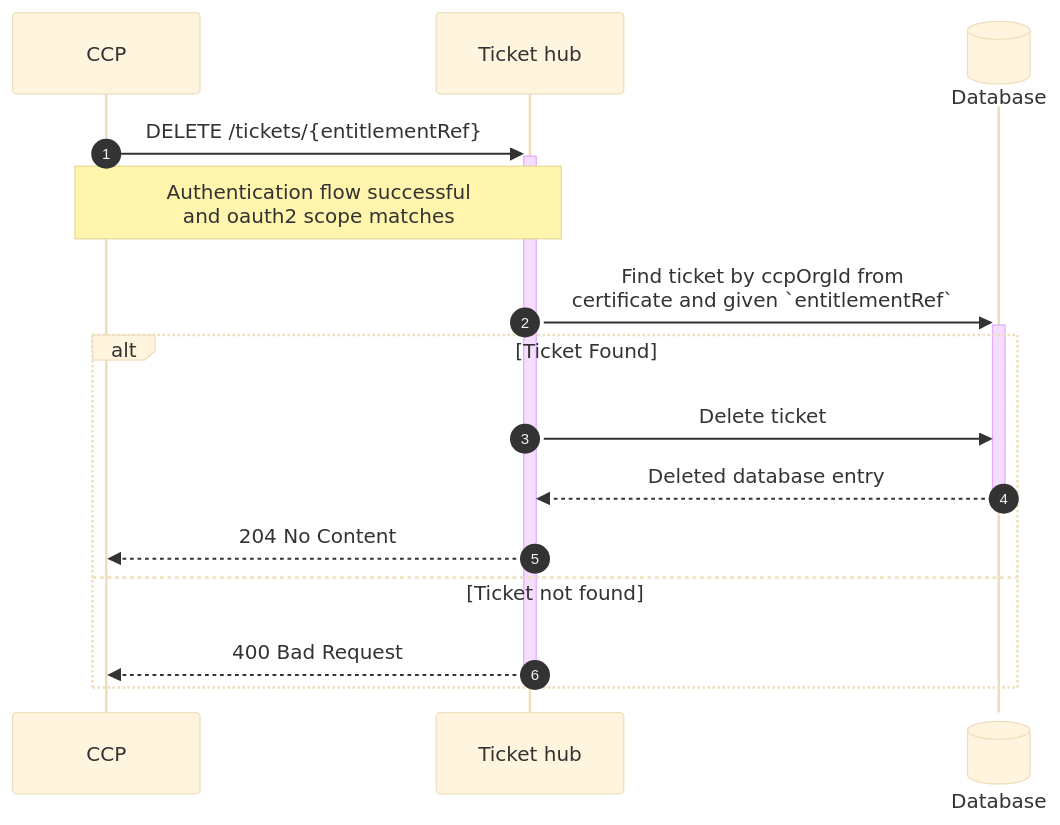
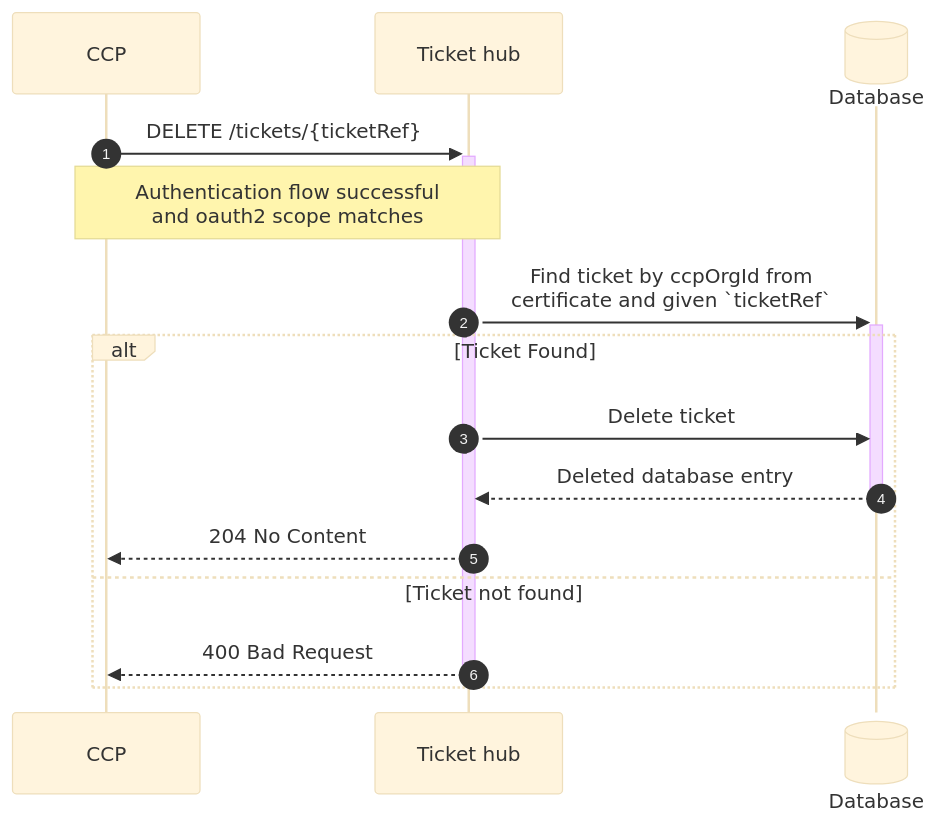
The fifth of 5 diagrams in UseCases.md (HUSST-de/ABT-Ticketspeicher-Schnittstelle), drawn with Mermaid (base theme) before and after one commit. The commit also changed other lines of this file and 5 other files, not shown here.

````diff
--- a/UseCases.md
+++ b/UseCases.md
@@ -151,19 +150,19 @@
 ```mermaid
 sequenceDiagram
     autonumber
     participant Client as CCP
     participant Tickethub as Ticket hub
     participant Database@{"type":"database"}
 
-    Client->>+Tickethub: DELETE /tickets/{entitlementRef}
+    Client->>+Tickethub: DELETE /tickets/{ticketRef}
     note over Client,Tickethub: Authentication flow successful<br>and oauth2 scope matches
 
-    Tickethub->>+Database: Find ticket by ccpOrgId from<br>certificate and given `entitlementRef`
+    Tickethub->>+Database: Find ticket by ccpOrgId from<br>certificate and given `ticketRef`
     alt Ticket Found
         Tickethub->>Database: Delete ticket
         Database-->>-Tickethub: Deleted database entry
         Tickethub-->>Client: 204 No Content
     else Ticket not found
         Tickethub-->>-Client: 400 Bad Request
     end
 ```
````
